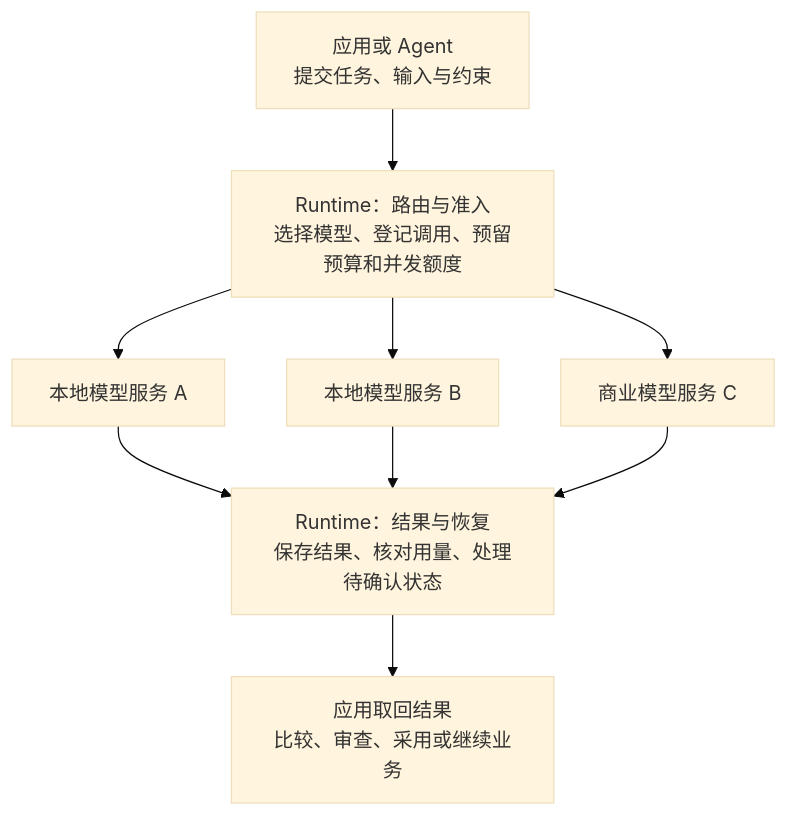
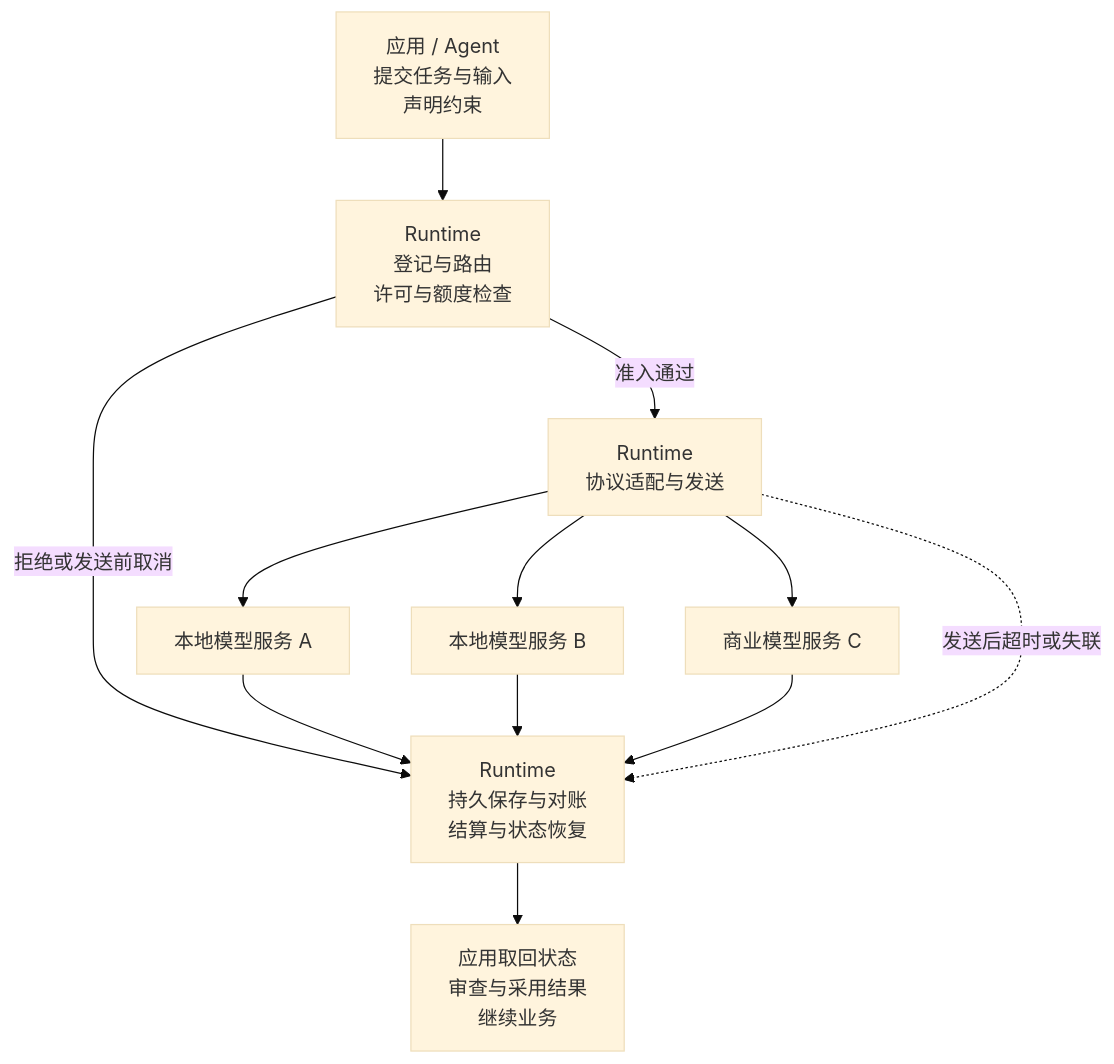
One commit to kongbu0621/infra-model-runtime changed the diagram in README.md. Above: the diagram before and after it, drawn with Mermaid (base theme). The commit also changed other lines of this file, not shown here.

````diff
--- a/README.md
+++ b/README.md
@@ -34,19 +34,23 @@
 ```mermaid
 flowchart TB
-    A["应用或 Agent<br/>提交任务、输入与约束"]
-    B["Runtime：路由与准入<br/>选择模型、登记调用、预留预算和并发额度"]
+    A["应用 / Agent<br/>提交任务与输入<br/>声明约束"]
+    B["Runtime<br/>登记与路由<br/>许可与额度检查"]
+    D["Runtime<br/>协议适配与发送"]
     L["本地模型服务 A"]
     M["本地模型服务 B"]
     C["商业模型服务 C"]
-    R["Runtime：结果与恢复<br/>保存结果、核对用量、处理待确认状态"]
-    U["应用取回结果<br/>比较、审查、采用或继续业务"]
+    R["Runtime<br/>持久保存与对账<br/>结算与状态恢复"]
+    U["应用取回状态<br/>审查与采用结果<br/>继续业务"]
 
     A --> B
-    B --> L
-    B --> M
-    B --> C
+    B -->|准入通过| D
+    B -->|拒绝或发送前取消| R
+    D --> L
+    D --> M
+    D --> C
     L --> R
     M --> R
     C --> R
+    D -.->|发送后超时或失联| R
     R --> U
 ```
````
